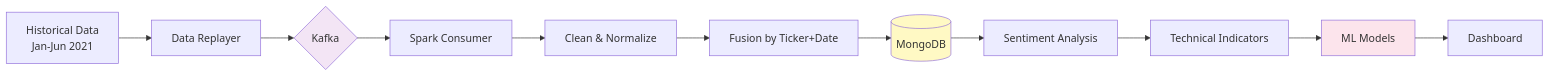
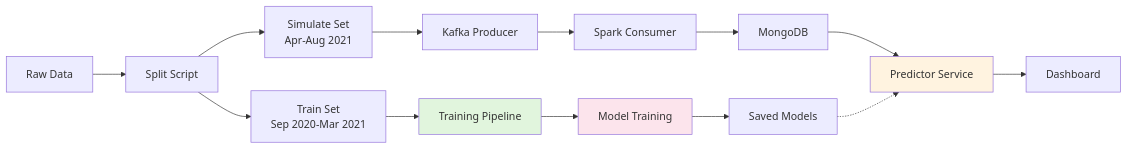
One commit to Akstrov/Stockmarket-Bigdata-Project changed the second of 2 diagrams in README.md. Above: the diagram before and after it, drawn with Mermaid. The commit also changed other lines of this file, not shown here.

````diff
--- a/README.md
+++ b/README.md
@@ -78,17 +113,22 @@
 ```mermaid
 flowchart LR
-    A[Historical Data<br/>Jan-Jun 2021] --> B[Data Replayer]
-    B --> C{Kafka}
-    C --> D[Spark Consumer]
-    D --> E[Clean & Normalize]
-    E --> F[Fusion by Ticker+Date]
-    F --> G[(MongoDB)]
-    G --> H[Sentiment Analysis]
-    H --> I[Technical Indicators]
-    I --> J[ML Models]
-    J --> K[Dashboard]
+    A[Raw Data] --> B[Split Script]
+    B --> C[Train Set<br/>Sep 2020-Mar 2021]
+    B --> D[Simulate Set<br/>Apr-Aug 2021]
     
-    style C fill:#f3e5f5
-    style G fill:#fff9c4
-    style J fill:#fce4ec
+    C --> E[Training Pipeline]
+    E --> F[Model Training]
+    F --> G[Saved Models]
+    
+    D --> H[Kafka Producer]
+    H --> I[Spark Consumer]
+    I --> J[MongoDB]
+    J --> K[Predictor Service]
+    K --> L[Dashboard]
+    
+    G -.-> K
+    
+    style E fill:#e1f5dd
+    style F fill:#fce4ec
+    style K fill:#fff3e0
 ```
````
